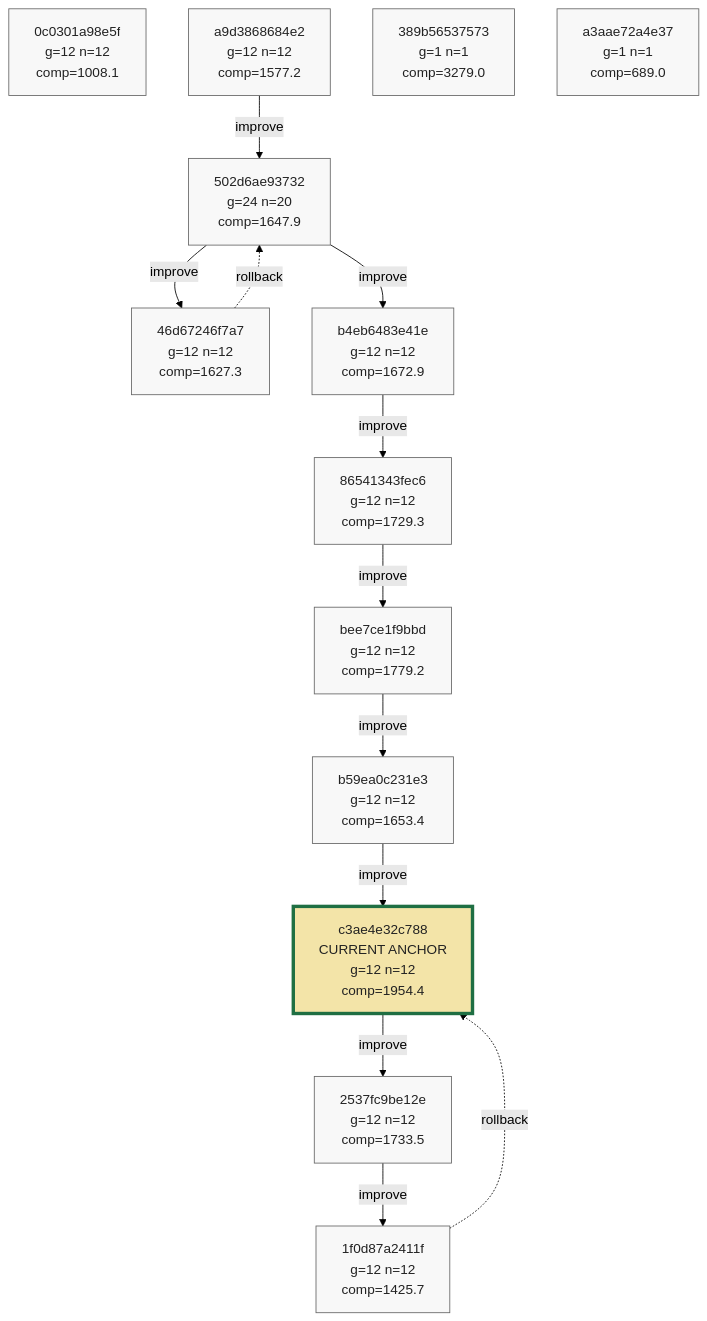
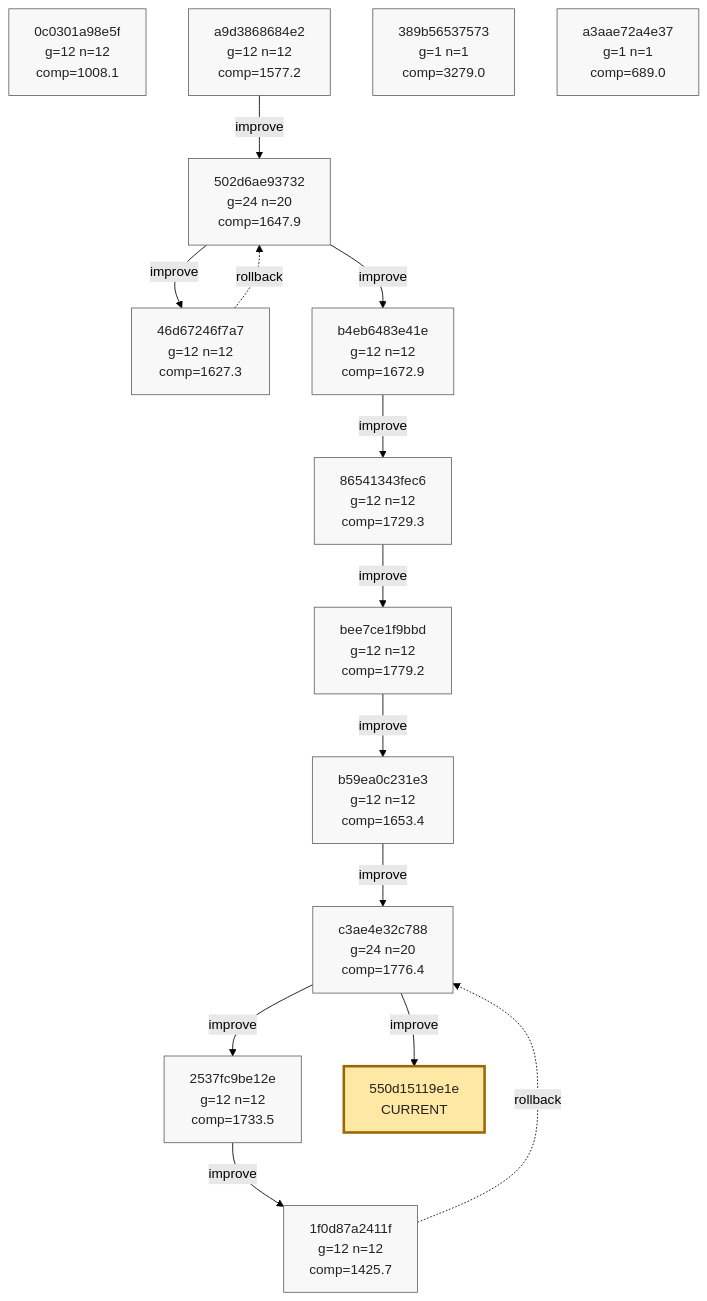
One commit to azumag/soviet_now changed the tenth of 10 diagrams in phyrogenetic-tree.md. Above: the diagram before and after it, drawn with Mermaid (forest theme). The commit also changed other lines of this file and 2 other files, not shown here.

Commit message:
eloop Improve after 12 games (scores: 2821 1326 2542 1187 1574 2386 2509 1647 906 2086 1311 1990)

````diff
--- a/phyrogenetic-tree.md
+++ b/phyrogenetic-tree.md
@@ -2543,47 +2544,50 @@
 ```mermaid
 flowchart TD
     h_0c0301a98e5f["0c0301a98e5f<br/>g=12 n=12<br/>comp=1008.1"]
     h_a9d3868684e2["a9d3868684e2<br/>g=12 n=12<br/>comp=1577.2"]
     h_502d6ae93732["502d6ae93732<br/>g=24 n=20<br/>comp=1647.9"]
     h_46d67246f7a7["46d67246f7a7<br/>g=12 n=12<br/>comp=1627.3"]
     h_b4eb6483e41e["b4eb6483e41e<br/>g=12 n=12<br/>comp=1672.9"]
     h_86541343fec6["86541343fec6<br/>g=12 n=12<br/>comp=1729.3"]
     h_bee7ce1f9bbd["bee7ce1f9bbd<br/>g=12 n=12<br/>comp=1779.2"]
     h_b59ea0c231e3["b59ea0c231e3<br/>g=12 n=12<br/>comp=1653.4"]
-    h_c3ae4e32c788["c3ae4e32c788<br/>CURRENT ANCHOR<br/>g=12 n=12<br/>comp=1954.4"]
+    h_c3ae4e32c788["c3ae4e32c788<br/>g=24 n=20<br/>comp=1776.4"]
     h_2537fc9be12e["2537fc9be12e<br/>g=12 n=12<br/>comp=1733.5"]
     h_1f0d87a2411f["1f0d87a2411f<br/>g=12 n=12<br/>comp=1425.7"]
     h_389b56537573["389b56537573<br/>g=1 n=1<br/>comp=3279.0"]
     h_a3aae72a4e37["a3aae72a4e37<br/>g=1 n=1<br/>comp=689.0"]
+    h_550d15119e1e["550d15119e1e<br/>CURRENT"]
 
     h_a9d3868684e2 -->|improve| h_502d6ae93732
     h_502d6ae93732 -->|improve| h_46d67246f7a7
     h_46d67246f7a7 -. rollback .-> h_502d6ae93732
     h_502d6ae93732 -->|improve| h_b4eb6483e41e
     h_b4eb6483e41e -->|improve| h_86541343fec6
     h_86541343fec6 -->|improve| h_bee7ce1f9bbd
     h_bee7ce1f9bbd -->|improve| h_b59ea0c231e3
     h_b59ea0c231e3 -->|improve| h_c3ae4e32c788
     h_c3ae4e32c788 -->|improve| h_2537fc9be12e
     h_2537fc9be12e -->|improve| h_1f0d87a2411f
     h_1f0d87a2411f -. rollback .-> h_c3ae4e32c788
+    h_c3ae4e32c788 -->|improve| h_550d15119e1e
 
     classDef plain fill:#f8f8f8,stroke:#666,stroke-width:1px,color:#222;
     classDef current fill:#ffe8a3,stroke:#9a6700,stroke-width:3px,color:#222;
     classDef anchor fill:#d7f5dd,stroke:#1f6f43,stroke-width:3px,color:#222;
     classDef current_anchor fill:#f3e4a8,stroke:#1f6f43,stroke-width:4px,color:#222;
 
     class h_0c0301a98e5f plain;
     class h_a9d3868684e2 plain;
     class h_502d6ae93732 plain;
     class h_46d67246f7a7 plain;
     class h_b4eb6483e41e plain;
     class h_86541343fec6 plain;
     class h_bee7ce1f9bbd plain;
     class h_b59ea0c231e3 plain;
-    class h_c3ae4e32c788 current_anchor;
+    class h_c3ae4e32c788 plain;
     class h_2537fc9be12e plain;
     class h_1f0d87a2411f plain;
     class h_389b56537573 plain;
     class h_a3aae72a4e37 plain;
+    class h_550d15119e1e current;
 ```
````
